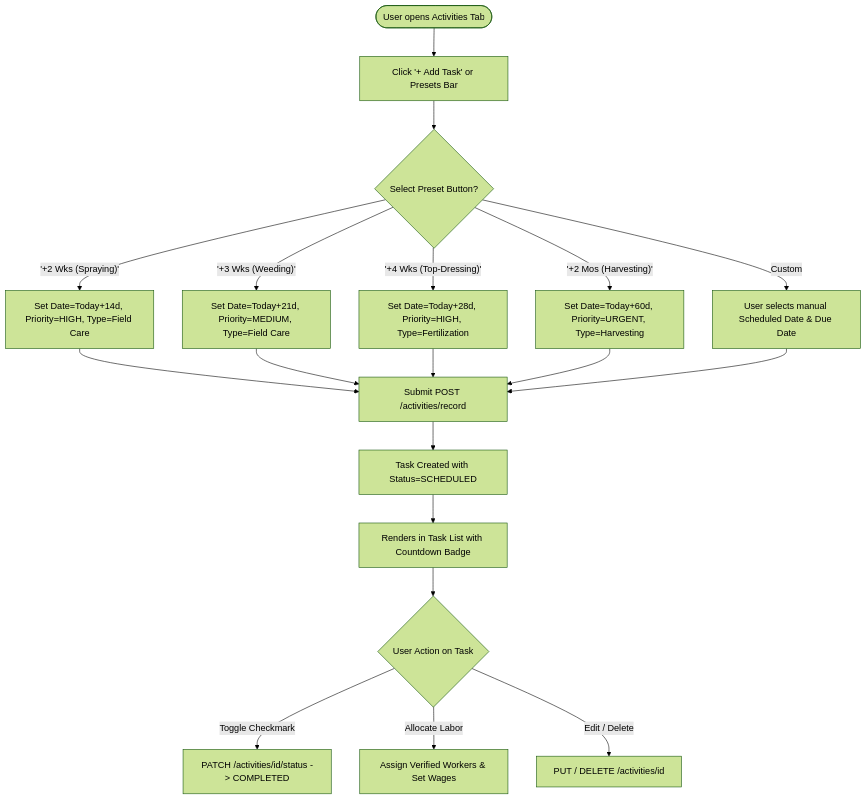
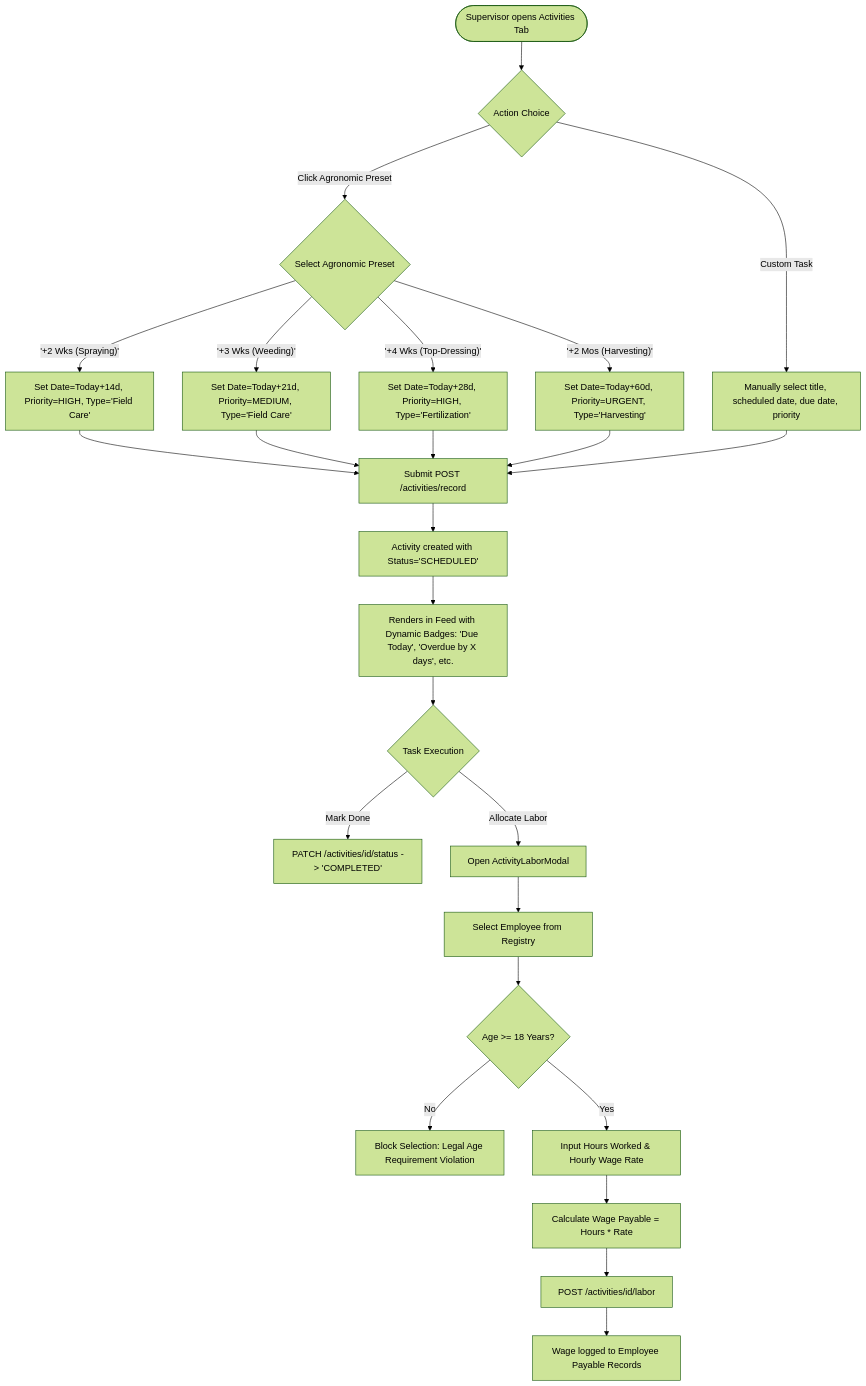
One commit to martins-ke/smartfarm-frontend changed the sixth of 10 diagrams in docs/SmartFarm_Complete_System_Flowcharts.md. Above: the diagram before and after it, drawn with Mermaid (forest theme). The commit also changed other lines of this file and 8 other files, not shown here.

Commit message:
docs: update system documentation, architecture diagrams, and PDF exports to v4.0

````diff
--- a/docs/SmartFarm_Complete_System_Flowcharts.md
+++ b/docs/SmartFarm_Complete_System_Flowcharts.md
@@ -67,25 +336,33 @@
 ```mermaid
 flowchart TD
-    OpenTab([User opens Activities Tab]) --> ClickSchedule[Click '+ Add Task' or Presets Bar]
+    OpenActivities([Supervisor opens Activities Tab]) --> ActionSelect{Action Choice}
     
-    ClickSchedule --> ChoosePreset{Select Preset Button?}
-    ChoosePreset -- '+2 Wks (Spraying)' --> Set14[Set Date=Today+14d, Priority=HIGH, Type=Field Care]
-    ChoosePreset -- '+3 Wks (Weeding)' --> Set21[Set Date=Today+21d, Priority=MEDIUM, Type=Field Care]
-    ChoosePreset -- '+4 Wks (Top-Dressing)' --> Set28[Set Date=Today+28d, Priority=HIGH, Type=Fertilization]
-    ChoosePreset -- '+2 Mos (Harvesting)' --> Set60[Set Date=Today+60d, Priority=URGENT, Type=Harvesting]
-    ChoosePreset -- Custom --> CustomDate[User selects manual Scheduled Date & Due Date]
+    ActionSelect -- Click Agronomic Preset --> PresetChoice{Select Agronomic Preset}
+    PresetChoice -- '+2 Wks (Spraying)' --> Set14[Set Date=Today+14d, Priority=HIGH, Type='Field Care']
+    PresetChoice -- '+3 Wks (Weeding)' --> Set21[Set Date=Today+21d, Priority=MEDIUM, Type='Field Care']
+    PresetChoice -- '+4 Wks (Top-Dressing)' --> Set28[Set Date=Today+28d, Priority=HIGH, Type='Fertilization']
+    PresetChoice -- '+2 Mos (Harvesting)' --> Set60[Set Date=Today+60d, Priority=URGENT, Type='Harvesting']
     
-    Set14 --> SaveTask[Submit POST /activities/record]
-    Set21 --> SaveTask
-    Set28 --> SaveTask
-    Set60 --> SaveTask
-    CustomDate --> SaveTask
+    ActionSelect -- Custom Task --> CustomForm[Manually select title, scheduled date, due date, priority]
     
-    SaveTask --> TaskCreated[Task Created with Status=SCHEDULED]
-    TaskCreated --> LiveList[Renders in Task List with Countdown Badge]
+    Set14 --> SaveActivity[Submit POST /activities/record]
+    Set21 --> SaveActivity
+    Set28 --> SaveActivity
+    Set60 --> SaveActivity
+    CustomForm --> SaveActivity
     
-    LiveList --> UserAction{User Action on Task}
-    UserAction -- Toggle Checkmark --> UpdateStatus[PATCH /activities/id/status -> COMPLETED]
-    UserAction -- Allocate Labor --> OpenLaborModal[Assign Verified Workers & Set Wages]
-    UserAction -- Edit / Delete --> ModifyTask[PUT / DELETE /activities/id]
+    SaveActivity --> ActivityCreated[Activity created with Status='SCHEDULED']
+    ActivityCreated --> RenderBadges[Renders in Feed with Dynamic Badges: 'Due Today', 'Overdue by X days', etc.]
+    
+    RenderBadges --> TaskAction{Task Execution}
+    TaskAction -- Mark Done --> ToggleStatus[PATCH /activities/id/status -> 'COMPLETED']
+    
+    TaskAction -- Allocate Labor --> OpenLaborModal[Open ActivityLaborModal]
+    OpenLaborModal --> SelectEmployee[Select Employee from Registry]
+    SelectEmployee --> ValidateAge{Age >= 18 Years?}
+    ValidateAge -- No --> RejectWorker[Block Selection: Legal Age Requirement Violation]
+    ValidateAge -- Yes --> InputHours[Input Hours Worked & Hourly Wage Rate]
+    InputHours --> CalcWage[Calculate Wage Payable = Hours * Rate]
+    CalcWage --> SaveLabor[POST /activities/id/labor]
+    SaveLabor --> UpdatePayable[Wage logged to Employee Payable Records]
 ```
````
